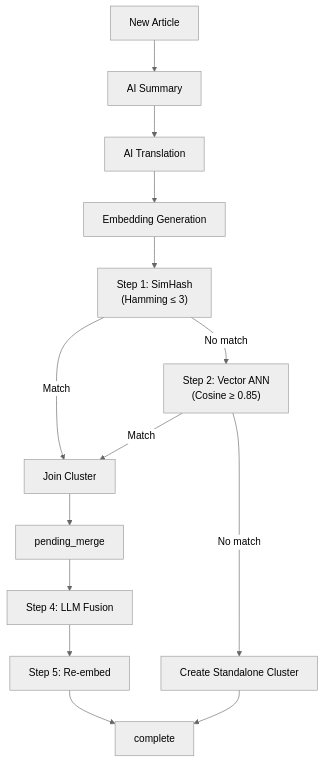
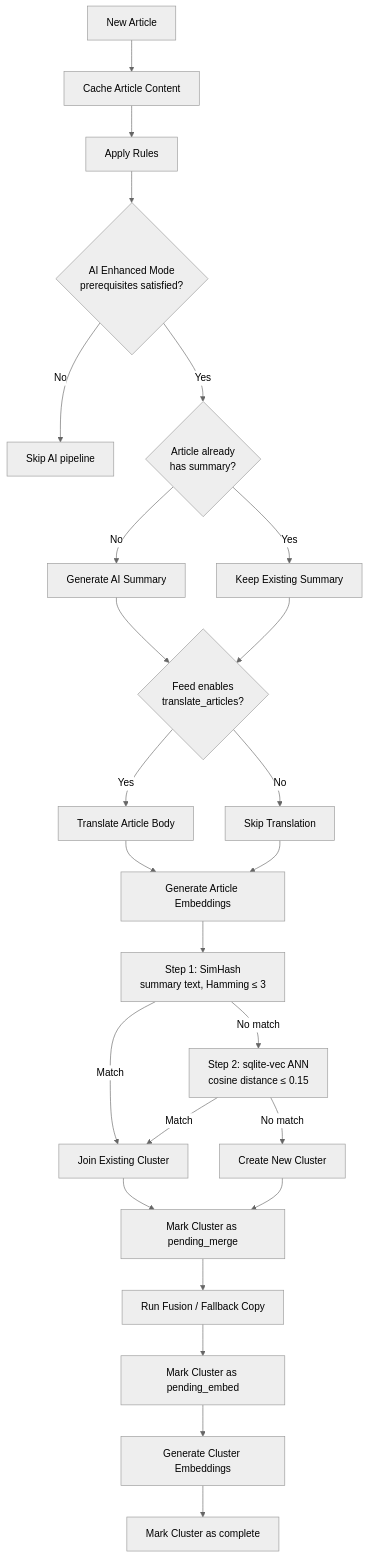
The diagram in README.md (TdRoseval/MavenRSS), drawn with Mermaid (neutral theme) before and after one commit. The commit also changed other lines of this file and 33 other files, not shown here.

Commit message:
fix enhanced-ai mode bugs

````diff
--- a/README.md
+++ b/README.md
@@ -37,16 +38,27 @@
 ```mermaid
 flowchart TD
-    A["New Article"] --> B["AI Summary"]
-    B --> C["AI Translation"]
-    C --> D["Embedding Generation"]
-    D --> E["Step 1: SimHash \n (Hamming ≤ 3)"]
-    E -->|Match| F["Join Cluster"]
-    E -->|No match| G["Step 2: Vector ANN \n (Cosine ≥ 0.85)"]
-    G -->|Match| F
-    G -->|No match| H["Create Standalone Cluster"]
-    F --> I["pending_merge"]
-    I --> J["Step 4: LLM Fusion"]
-    J --> K["Step 5: Re-embed"]
-    K --> L["complete"]
-    H --> L
+    A["New Article"] --> B["Cache Article Content"]
+    B --> C["Apply Rules"]
+    C --> D{"AI Enhanced Mode \n prerequisites satisfied?"}
+    D -->|No| E["Skip AI pipeline"]
+    D -->|Yes| F{"Article already \n has summary?"}
+    F -->|No| G["Generate AI Summary"]
+    F -->|Yes| H["Keep Existing Summary"]
+    G --> I{"Feed enables \n translate_articles?"}
+    H --> I
+    I -->|Yes| J["Translate Article Body"]
+    I -->|No| K["Skip Translation"]
+    J --> L["Generate Article Embeddings"]
+    K --> L
+    L --> M["Step 1: SimHash \n summary text, Hamming ≤ 3"]
+    M -->|Match| N["Join Existing Cluster"]
+    M -->|No match| O["Step 2: sqlite-vec ANN \n cosine distance ≤ 0.15"]
+    O -->|Match| N
+    O -->|No match| P["Create New Cluster"]
+    N --> Q["Mark Cluster as pending_merge"]
+    P --> Q
+    Q --> R["Run Fusion / Fallback Copy"]
+    R --> S["Mark Cluster as pending_embed"]
+    S --> T["Generate Cluster Embeddings"]
+    T --> U["Mark Cluster as complete"]
 ```
````
